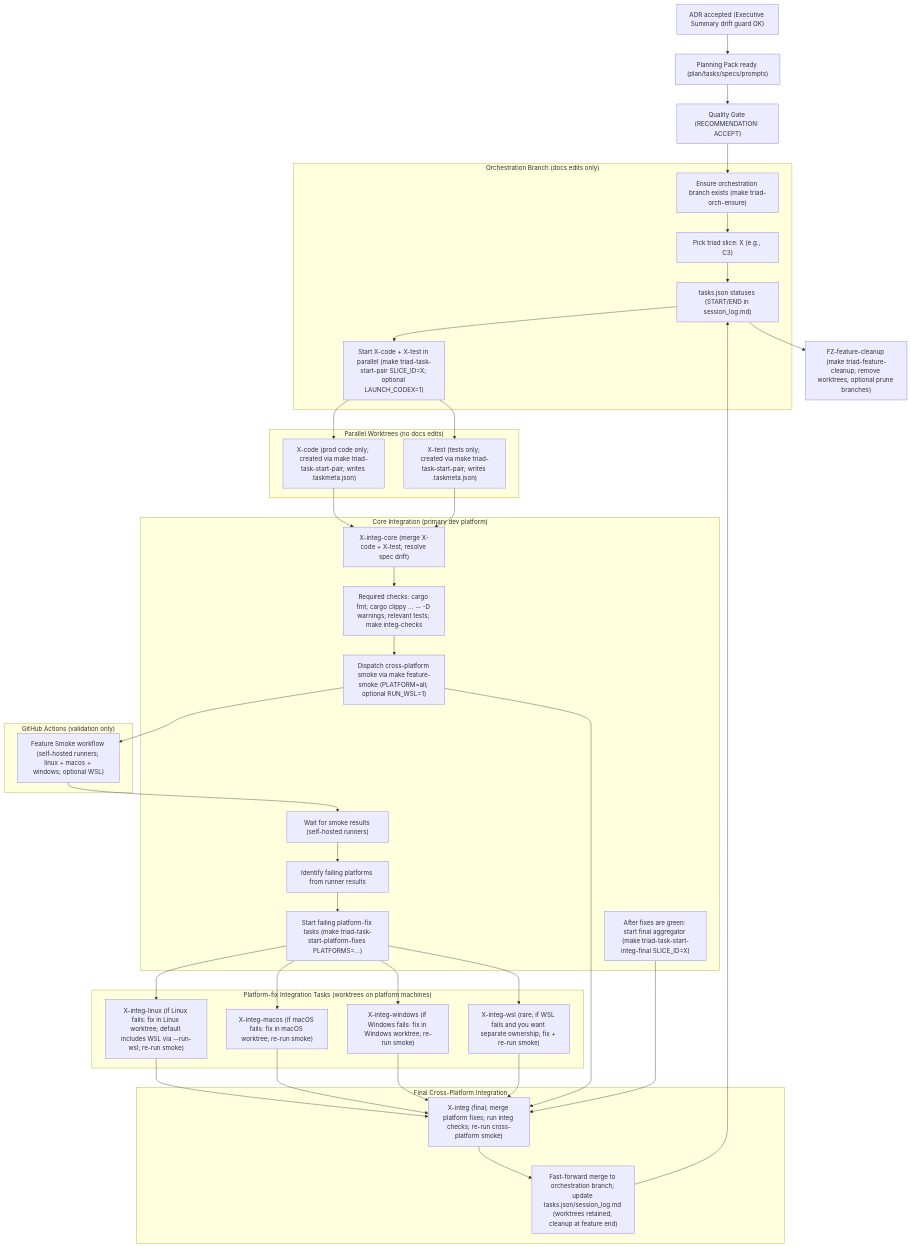
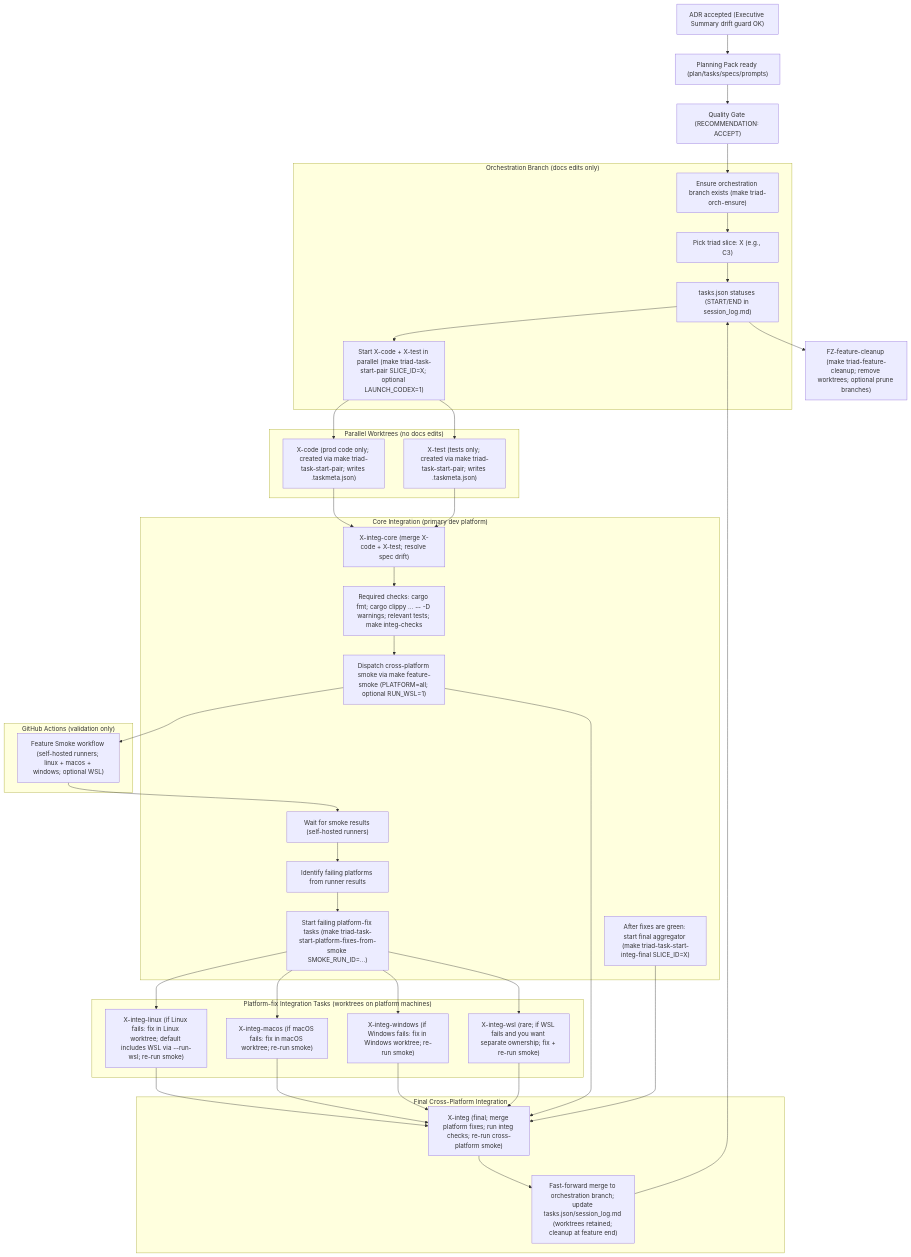
Before and after one commit to atomize-hq/substrate: the first of 3 diagrams in docs/project_management/standards/TRIAD_WORKFLOW_CROSS_PLATFORM_INTEG.md, drawn with Mermaid. The commit also changed other lines of this file and 5 other files, not shown here.

Commit message:
docs: switch platform-fix start to smoke-run id

````diff
--- a/docs/project_management/standards/TRIAD_WORKFLOW_CROSS_PLATFORM_INTEG.md
+++ b/docs/project_management/standards/TRIAD_WORKFLOW_CROSS_PLATFORM_INTEG.md
@@ -20,81 +20,81 @@
 ```mermaid
 flowchart TD
   %% ======== Inputs / gating ========
   ADR["ADR accepted (Executive Summary drift guard OK)"]
   PACK["Planning Pack ready (plan/tasks/specs/prompts)"]
   GATE["Quality Gate (RECOMMENDATION: ACCEPT)"]
 
   ADR --> PACK --> GATE
 
   %% ======== Triad execution ========
   subgraph ORCH["Orchestration Branch (docs edits only)"]
     ORCH_ENSURE["Ensure orchestration branch exists (make triad-orch-ensure)"]
     START["Pick triad slice: X (e.g., C3)"]
     TASKS["tasks.json statuses (START/END in session_log.md)"]
     START_PAIR["Start X-code + X-test in parallel (make triad-task-start-pair SLICE_ID=X; optional LAUNCH_CODEX=1)"]
   end
 
   GATE --> ORCH_ENSURE --> START
   START --> TASKS
   TASKS --> START_PAIR
 
   subgraph WT["Parallel Worktrees (no docs edits)"]
     CODE["X-code (prod code only; created via make triad-task-start-pair; writes .taskmeta.json)"]
     TEST["X-test (tests only; created via make triad-task-start-pair; writes .taskmeta.json)"]
   end
 
   START_PAIR --> CODE
   START_PAIR --> TEST
 
   subgraph INTEG_CORE["Core Integration (primary dev platform)"]
     MERGE["X-integ-core (merge X-code + X-test; resolve spec drift)"]
     CORE_CHECKS["Required checks: cargo fmt; cargo clippy ... -- -D warnings; relevant tests; make integ-checks"]
     CORE_DISPATCH["Dispatch cross-platform smoke via make feature-smoke (PLATFORM=all; optional RUN_WSL=1)"]
     CORE_RESULTS["Wait for smoke results (self-hosted runners)"]
     CORE_IDENTIFY["Identify failing platforms from runner results"]
-    CORE_START_PF["Start failing platform-fix tasks (make triad-task-start-platform-fixes PLATFORMS=...)"]
+    CORE_START_PF["Start failing platform-fix tasks (make triad-task-start-platform-fixes-from-smoke SMOKE_RUN_ID=...)"]
     CORE_START_FINAL["After fixes are green: start final aggregator (make triad-task-start-integ-final SLICE_ID=X)"]
   end
 
   CODE --> MERGE
   TEST --> MERGE
   MERGE --> CORE_CHECKS --> CORE_DISPATCH
 
   %% ======== Smoke validation (CI) ========
   subgraph CI["GitHub Actions (validation only)"]
     SMOKE_ALL["Feature Smoke workflow (self-hosted runners; linux + macos + windows; optional WSL)"]
   end
 
   CORE_DISPATCH --> SMOKE_ALL --> CORE_RESULTS --> CORE_IDENTIFY --> CORE_START_PF
 
   %% ======== Platform-fix tasks (parallel, only if needed) ========
   subgraph PF["Platform-fix Integration Tasks (worktrees on platform machines)"]
     LNX["X-integ-linux (if Linux fails: fix in Linux worktree; default includes WSL via --run-wsl; re-run smoke)"]
     MAC["X-integ-macos (if macOS fails: fix in macOS worktree; re-run smoke)"]
     WIN["X-integ-windows (if Windows fails: fix in Windows worktree; re-run smoke)"]
     WSL["X-integ-wsl (rare; if WSL fails and you want separate ownership; fix + re-run smoke)"]
   end
 
   CORE_START_PF --> LNX
   CORE_START_PF --> MAC
   CORE_START_PF --> WIN
   CORE_START_PF --> WSL
 
   %% ======== Final aggregator ========
   subgraph INTEG_FINAL["Final Cross-Platform Integration"]
     AGG["X-integ (final; merge platform fixes; run integ checks; re-run cross-platform smoke)"]
     MERGE_BACK["Fast-forward merge to orchestration branch; update tasks.json/session_log.md (worktrees retained; cleanup at feature end)"]
   end
 
   LNX --> AGG
   MAC --> AGG
   WIN --> AGG
   WSL --> AGG
   CORE_DISPATCH --> AGG
   CORE_START_FINAL --> AGG
   AGG --> MERGE_BACK --> TASKS
 
   %% ======== Feature end cleanup ========
   CLEANUP["FZ-feature-cleanup (make triad-feature-cleanup; remove worktrees; optional prune branches)"]
   TASKS --> CLEANUP
 ```
````
